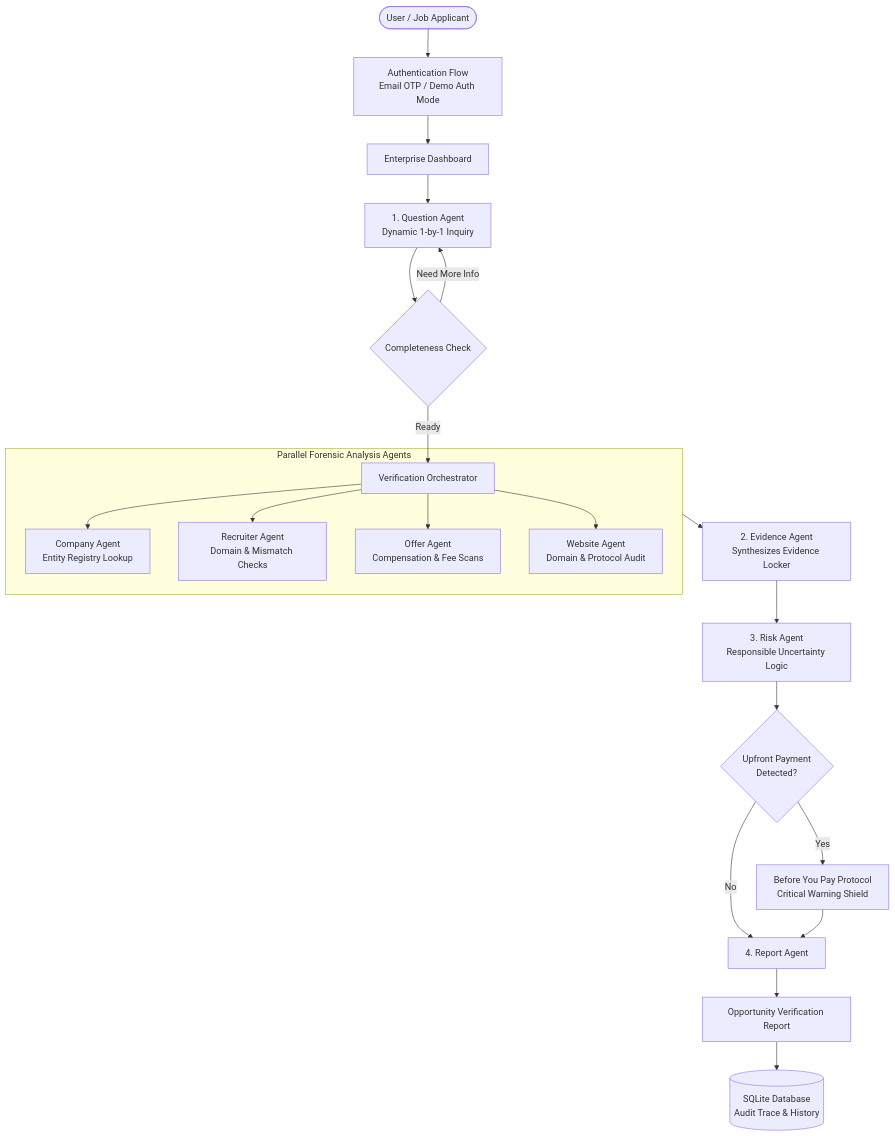
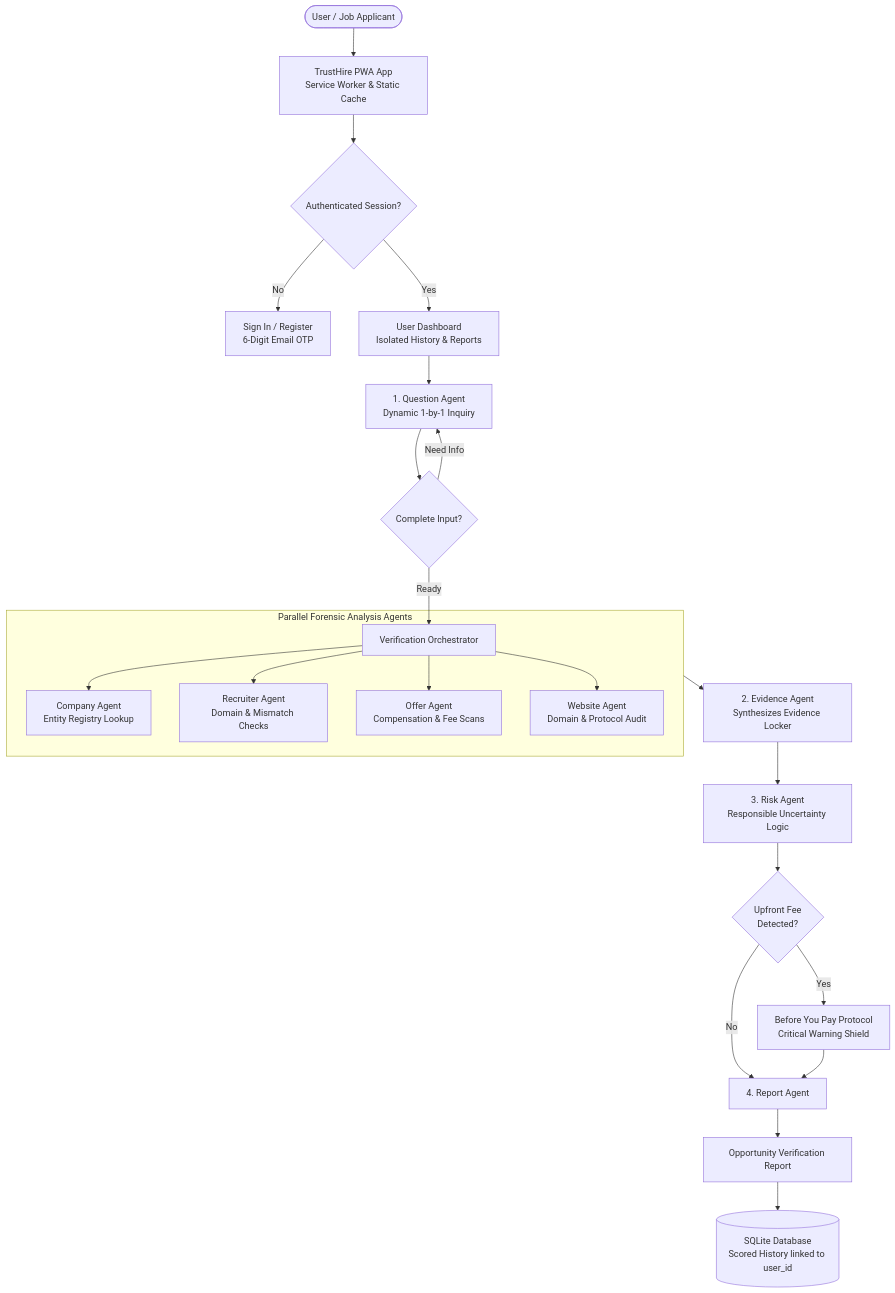
The diagram in README.md (rakshitha06122007/ssc-chsl-2026), drawn with Mermaid before and after one commit. The commit also changed other lines of this file and 19 other files, not shown here.

Commit message:
feat: universal email support with instant non-blocking OTP and sample email presets

````diff
--- a/README.md
+++ b/README.md
@@ -46,28 +90,30 @@
 ```mermaid
 graph TD
-    User([User / Job Applicant]) --> Auth[Authentication Flow<br>Email OTP / Demo Auth Mode]
-    Auth --> Dashboard[Enterprise Dashboard]
+    User([User / Job Applicant]) --> PWA[TrustHire PWA App<br>Service Worker & Static Cache]
+    PWA --> AuthGuard{Authenticated Session?}
+    AuthGuard -- No --> LoginPage[Sign In / Register<br>6-Digit Email OTP]
+    AuthGuard -- Yes --> Dashboard[User Dashboard<br>Isolated History & Reports]
+
     Dashboard --> QuestionAgent[1. Question Agent<br>Dynamic 1-by-1 Inquiry]
-
-    QuestionAgent --> CompletenessCheck{Completeness Check}
-    CompletenessCheck -- Need More Info --> QuestionAgent
+    QuestionAgent --> CompletenessCheck{Complete Input?}
+    CompletenessCheck -- Need Info --> QuestionAgent
     CompletenessCheck -- Ready --> Orchestrator[Verification Orchestrator]
 
     subgraph Forensic_Agents [Parallel Forensic Analysis Agents]
         Orchestrator --> CompanyAgent[Company Agent<br>Entity Registry Lookup]
         Orchestrator --> RecruiterAgent[Recruiter Agent<br>Domain & Mismatch Checks]
         Orchestrator --> OfferAgent[Offer Agent<br>Compensation & Fee Scans]
         Orchestrator --> WebsiteAgent[Website Agent<br>Domain & Protocol Audit]
     end
 
     Forensic_Agents --> EvidenceAgent[2. Evidence Agent<br>Synthesizes Evidence Locker]
     EvidenceAgent --> RiskAgent[3. Risk Agent<br>Responsible Uncertainty Logic]
 
-    RiskAgent --> BeforeYouPayCheck{Upfront Payment<br>Detected?}
+    RiskAgent --> BeforeYouPayCheck{Upfront Fee<br>Detected?}
     BeforeYouPayCheck -- Yes --> BeforeYouPay[Before You Pay Protocol<br>Critical Warning Shield]
     BeforeYouPayCheck -- No --> ReportAgent[4. Report Agent]
     BeforeYouPay --> ReportAgent
 
     ReportAgent --> OpportunityReport[Opportunity Verification Report]
-    OpportunityReport --> SQLite[(SQLite Database<br>Audit Trace & History)]
+    OpportunityReport --> SQLite[(SQLite Database<br>Scored History linked to user_id)]
 ```
````
